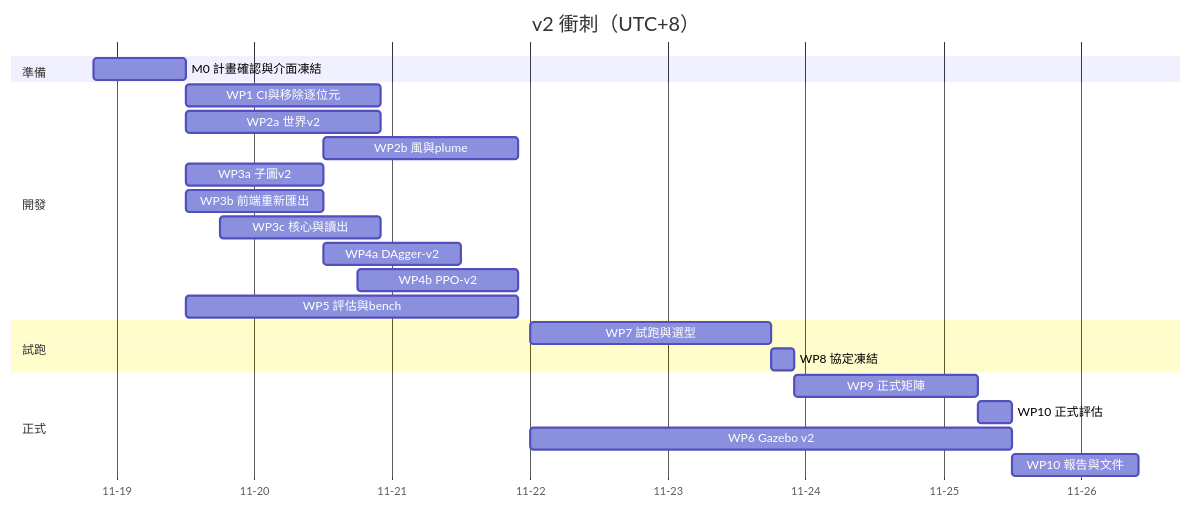
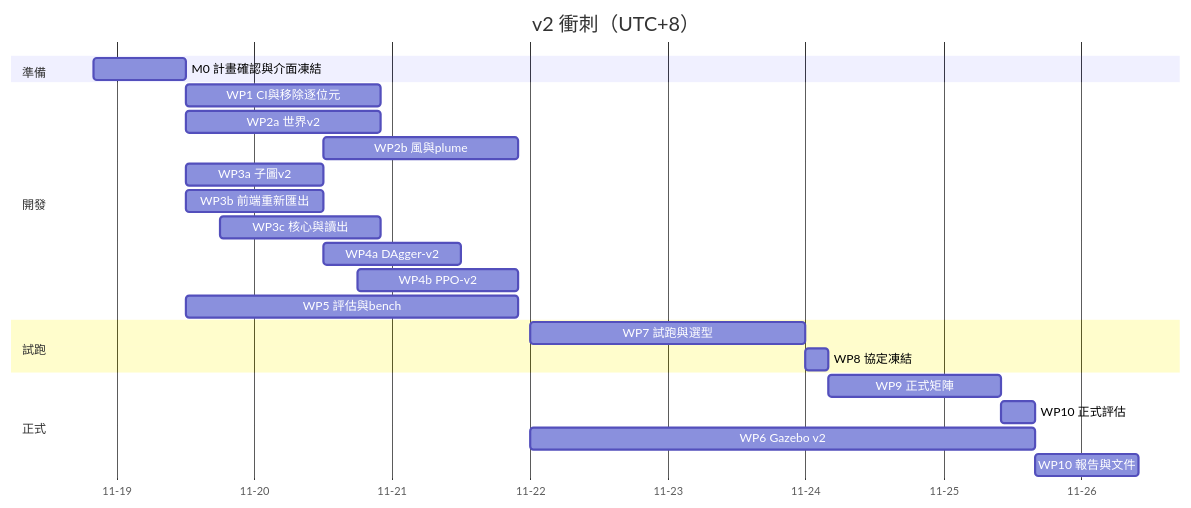
One commit to Nues0913/Drosophila_Tracking_System changed the second of 2 diagrams in docs/v2/大實驗計劃書.md. Above: the diagram before and after it, drawn with Mermaid. The commit also changed other lines of this file and 1 other file, not shown here.

````diff
--- a/docs/v2/大實驗計劃書.md
+++ b/docs/v2/大實驗計劃書.md
@@ -904,26 +905,26 @@
 ```mermaid
 gantt
   title v2 衝刺（UTC+8）
   dateFormat YYYY-MM-DD HH:mm
   axisFormat %m-%d
   section 準備
   M0 計畫確認與介面凍結 :m0, 2026-11-18 20:00, 2026-11-19 12:00
   section 開發
   WP1 CI與移除逐位元 :wp1, 2026-11-19 12:00, 2026-11-20 22:00
   WP2a 世界v2 :wp2a, 2026-11-19 12:00, 2026-11-20 22:00
   WP2b 風與plume :wp2b, 2026-11-20 12:00, 2026-11-21 22:00
   WP3a 子圖v2 :wp3a, 2026-11-19 12:00, 2026-11-20 12:00
   WP3b 前端重新匯出 :wp3b, 2026-11-19 12:00, 2026-11-20 12:00
   WP3c 核心與讀出 :wp3c, 2026-11-19 18:00, 2026-11-20 22:00
   WP4a DAgger-v2 :wp4a, 2026-11-20 12:00, 2026-11-21 12:00
   WP4b PPO-v2 :wp4b, 2026-11-20 18:00, 2026-11-21 22:00
   WP5 評估與bench :wp5, 2026-11-19 12:00, 2026-11-21 22:00
   section 試跑
-  WP7 試跑與選型 :wp7, 2026-11-22 00:00, 2026-11-23 18:00
-  WP8 協定凍結 :wp8, 2026-11-23 18:00, 2026-11-23 22:00
+  WP7 試跑與選型 :wp7, 2026-11-22 00:00, 2026-11-24 00:00
+  WP8 協定凍結 :wp8, 2026-11-24 00:00, 2026-11-24 04:00
   section 正式
-  WP9 正式矩陣 :wp9, 2026-11-23 22:00, 2026-11-25 06:00
-  WP10 正式評估 :wp10a, 2026-11-25 06:00, 2026-11-25 12:00
-  WP6 Gazebo v2 :wp6, 2026-11-22 00:00, 2026-11-25 12:00
-  WP10 報告與文件 :wp10b, 2026-11-25 12:00, 2026-11-26 10:00
+  WP9 正式矩陣 :wp9, 2026-11-24 04:00, 2026-11-25 10:00
+  WP10 正式評估 :wp10a, 2026-11-25 10:00, 2026-11-25 16:00
+  WP6 Gazebo v2 :wp6, 2026-11-22 00:00, 2026-11-25 16:00
+  WP10 報告與文件 :wp10b, 2026-11-25 16:00, 2026-11-26 10:00
 ```
````
